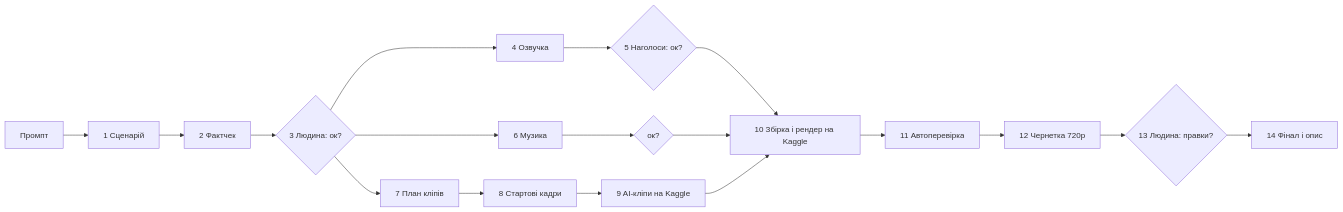
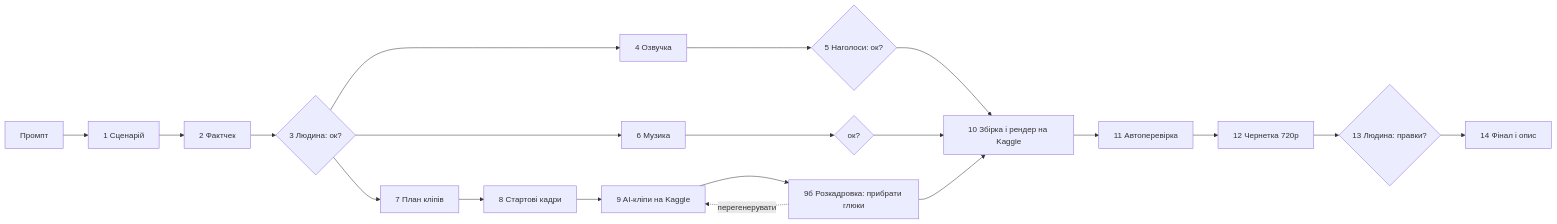
One commit to mstekh/prompt-to-video changed the diagram in docs/03-step-by-step.md. Above: the diagram before and after it, drawn with Mermaid. The commit also changed other lines of this file and 3 other files, not shown here.

First line of the commit message:
Рецепт: крок 9б — розкадровка кліпів і прибирання глюків (clip_sheets.py)

````diff
--- a/docs/03-step-by-step.md
+++ b/docs/03-step-by-step.md
@@ -10,11 +10,12 @@
 ```mermaid
 flowchart LR
   P[Промпт] --> S[1 Сценарій] --> F[2 Фактчек] --> A{3 Людина: ок?}
   A --> V[4 Озвучка] --> W{5 Наголоси: ок?}
   A --> M[6 Музика] --> N{ок?}
-  A --> PL[7 План кліпів] --> SF[8 Стартові кадри] --> C[9 AI-кліпи на Kaggle]
+  A --> PL[7 План кліпів] --> SF[8 Стартові кадри] --> C[9 AI-кліпи на Kaggle] --> G[9б Розкадровка: прибрати глюки]
+  G -. перегенерувати .-> C
   W --> R[10 Збірка і рендер на Kaggle]
   N --> R
-  C --> R --> Q[11 Автоперевірка] --> D[12 Чернетка 720p] --> H{13 Людина: правки?}
+  G --> R --> Q[11 Автоперевірка] --> D[12 Чернетка 720p] --> H{13 Людина: правки?}
   H --> FIN[14 Фінал і опис]
 ```
````
